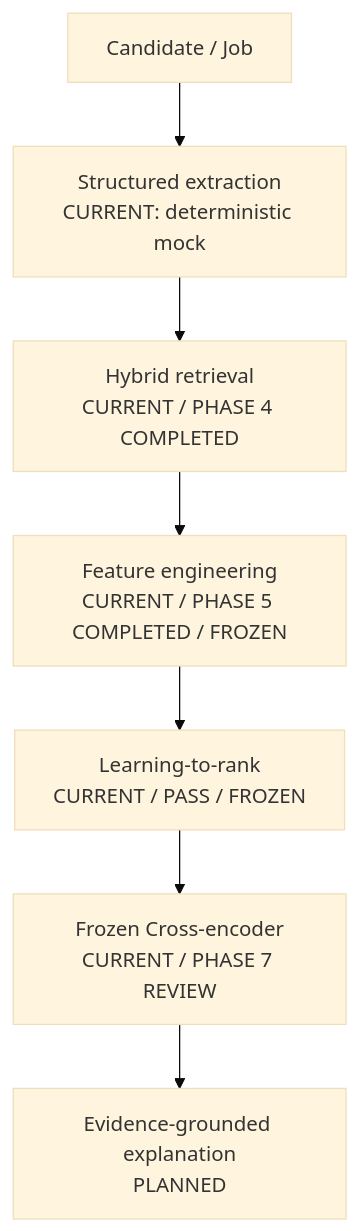
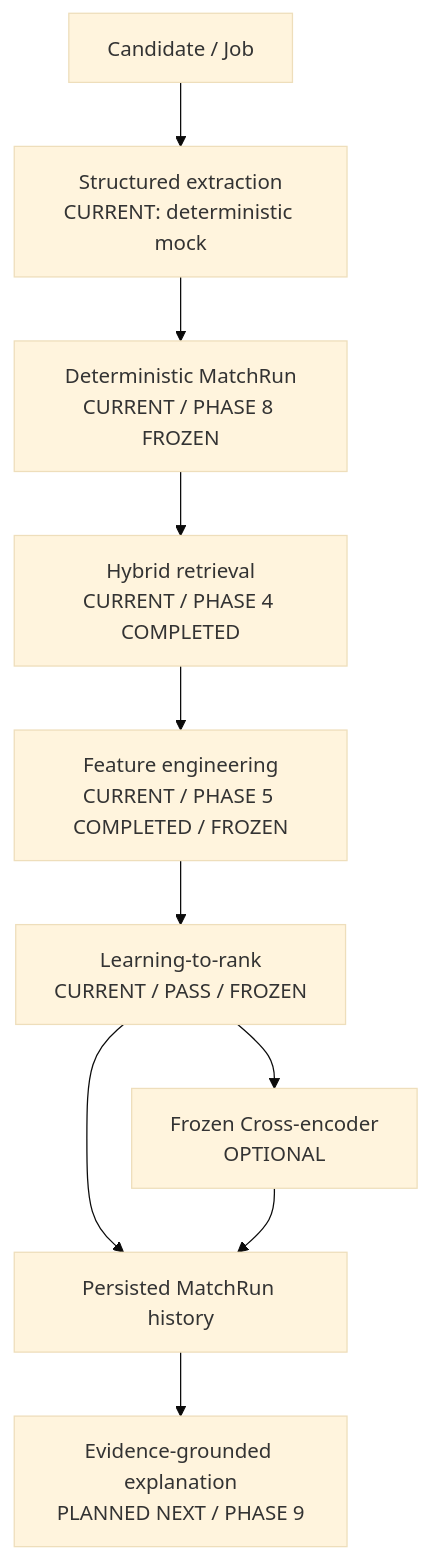
One commit to rM0on/peoplematch-agent changed the second of 2 diagrams in docs/architecture.md. Above: the diagram before and after it, drawn with Mermaid (base theme). The commit also changed other lines of this file and 34 other files, not shown here.

Commit message:
feat: add auditable match-run orchestration

````diff
--- a/docs/architecture.md
+++ b/docs/architecture.md
@@ -61,9 +69,12 @@
 ```mermaid
 flowchart TD
     Input["Candidate / Job"] --> Parser["Structured extraction\nCURRENT: deterministic mock"]
-    Parser --> Retrieval["Hybrid retrieval\nCURRENT / PHASE 4 COMPLETED"]
-Retrieval --> Features["Feature engineering\nCURRENT / PHASE 5 COMPLETED / FROZEN"]
+    Parser --> MatchRun["Deterministic MatchRun\nCURRENT / PHASE 8 FROZEN"]
+    MatchRun --> Retrieval["Hybrid retrieval\nCURRENT / PHASE 4 COMPLETED"]
+    Retrieval --> Features["Feature engineering\nCURRENT / PHASE 5 COMPLETED / FROZEN"]
     Features --> LTR["Learning-to-rank\nCURRENT / PASS / FROZEN"]
-    LTR --> CrossEncoder["Frozen Cross-encoder\nCURRENT / PHASE 7 REVIEW"]
-    CrossEncoder --> Explanation["Evidence-grounded explanation\nPLANNED"]
+    LTR --> CrossEncoder["Frozen Cross-encoder\nOPTIONAL"]
+    LTR --> History["Persisted MatchRun history"]
+    CrossEncoder --> History
+    History --> Explanation["Evidence-grounded explanation\nPLANNED NEXT / PHASE 9"]
 ```
````
